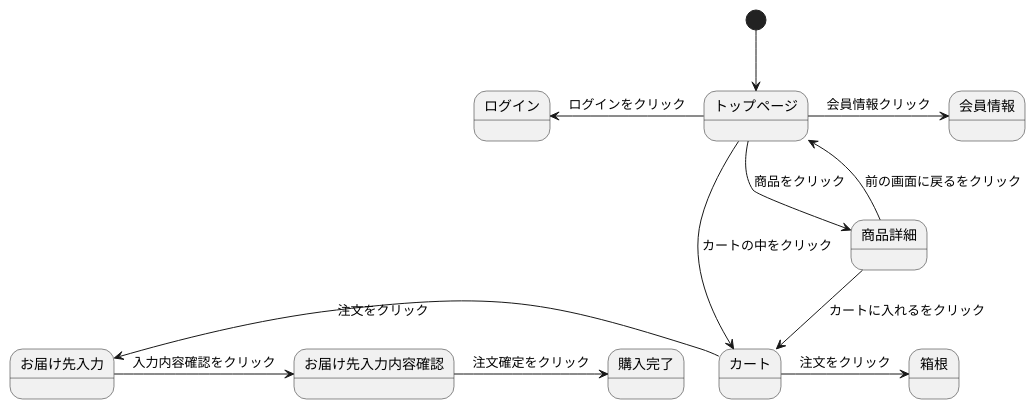
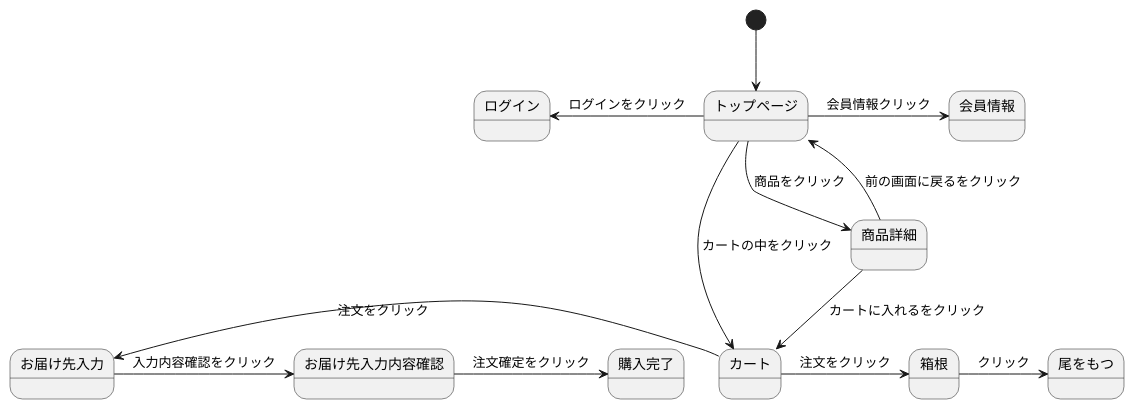
The diagram in stm01.md (Aso2001196/2021sys-design), drawn with PlantUML before and after one commit.

````diff
--- a/stm01.md
+++ b/stm01.md
@@ -1,15 +1,16 @@
 ```uml
 @startuml
 [*]--> トップページ
 トップページ -> 会員情報 : 会員情報クリック
 トップページ -left-> ログイン : ログインをクリック
 トップページ --> 商品詳細 : 商品をクリック
 トップページ --> カート : カートの中をクリック
 商品詳細 --> カート : カートに入れるをクリック
 商品詳細 --> トップページ : 前の画面に戻るをクリック
 カート -> 箱根 : 注文をクリック
+箱根 -> 尾をもつ : クリック
 カート -left-> お届け先入力 : 注文をクリック
 お届け先入力 -> お届け先入力内容確認 : 入力内容確認をクリック
 お届け先入力内容確認 -> 購入完了 : 注文確定をクリック
 @enduml
 ```
````
